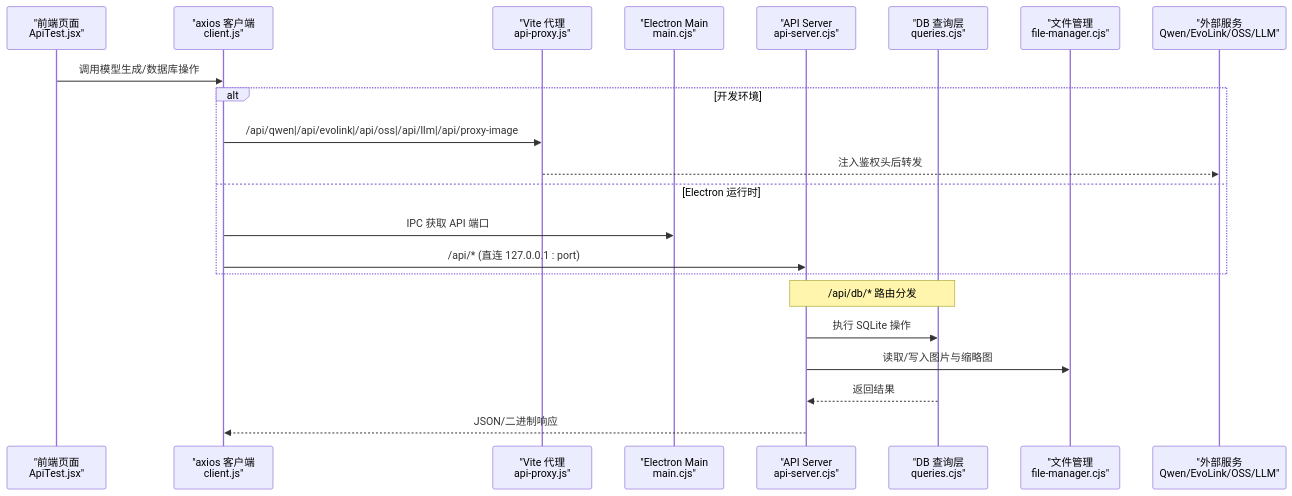
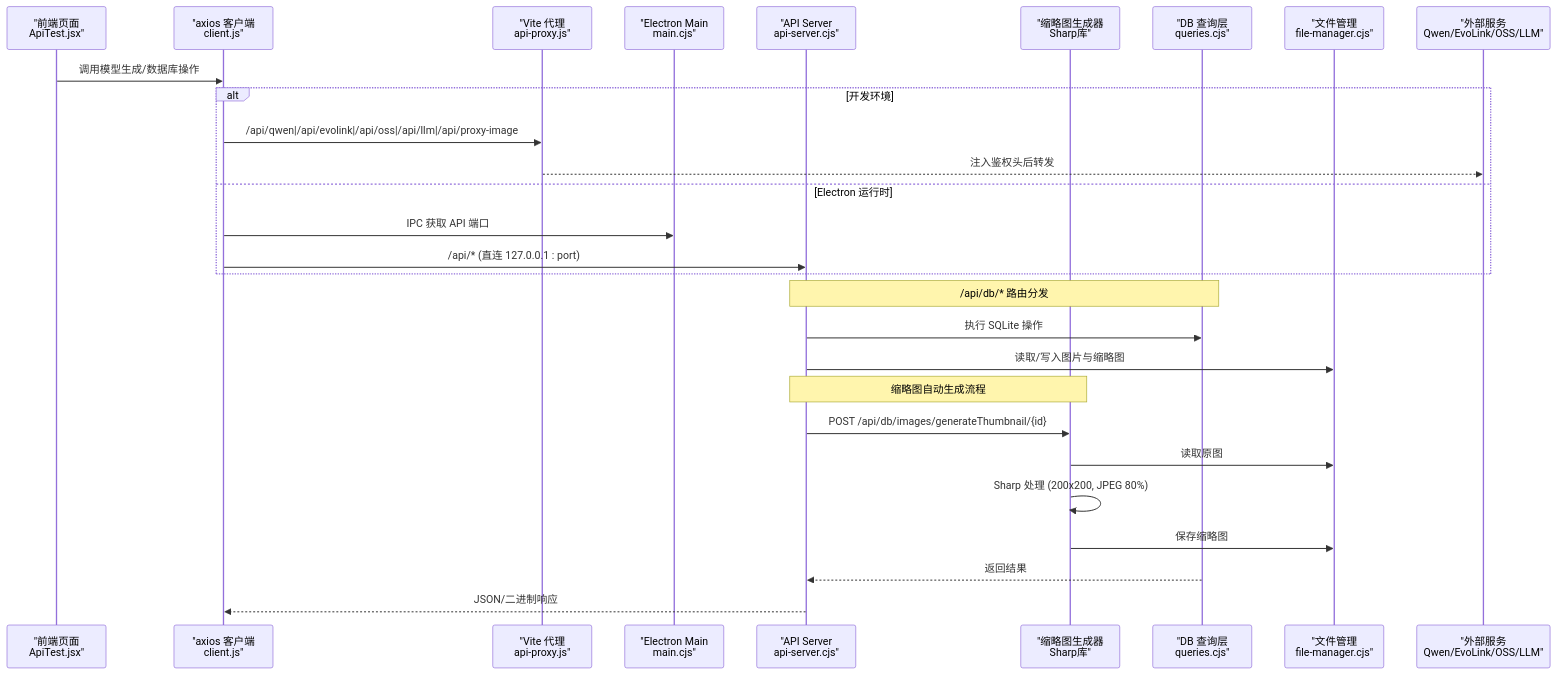
The second of 4 diagrams in .qoder/repowiki/zh/content/数据库层/HTTP 后端与 REST API.md (AlbusWei/AI-Image-Studio), drawn with Mermaid before and after one commit. The commit also changed other lines of this file and 21 other files, not shown here.

````diff
--- a/.qoder/repowiki/zh/content/数据库层/HTTP 后端与 REST API.md
+++ b/.qoder/repowiki/zh/content/数据库层/HTTP 后端与 REST API.md
@@ -110,24 +122,30 @@
 ```mermaid
 sequenceDiagram
 participant UI as "前端页面<br/>ApiTest.jsx"
 participant Client as "axios 客户端<br/>client.js"
 participant Vite as "Vite 代理<br/>api-proxy.js"
 participant Main as "Electron Main<br/>main.cjs"
 participant ApiSrv as "API Server<br/>api-server.cjs"
+participant ThumbGen as "缩略图生成器<br/>Sharp库"
 participant Queries as "DB 查询层<br/>queries.cjs"
 participant FS as "文件管理<br/>file-manager.cjs"
 participant Ext as "外部服务<br/>Qwen/EvoLink/OSS/LLM"
 UI->>Client : 调用模型生成/数据库操作
 alt 开发环境
 Client->>Vite : /api/qwen|/api/evolink|/api/oss|/api/llm|/api/proxy-image
 Vite-->>Ext : 注入鉴权头后转发
 else Electron 运行时
 Client->>Main : IPC 获取 API 端口
 Client->>ApiSrv : /api/* (直连 127.0.0.1 : port)
 end
 Note over ApiSrv,Queries : /api/db/* 路由分发
 ApiSrv->>Queries : 执行 SQLite 操作
 ApiSrv->>FS : 读取/写入图片与缩略图
+Note over ApiSrv,ThumbGen : 缩略图自动生成流程
+ApiSrv->>ThumbGen : POST /api/db/images/generateThumbnail/{id}
+ThumbGen->>FS : 读取原图
+ThumbGen->>ThumbGen : Sharp 处理 (200x200, JPEG 80%)
+ThumbGen->>FS : 保存缩略图
 Queries-->>ApiSrv : 返回结果
 ApiSrv-->>Client : JSON/二进制响应
 ```
````
